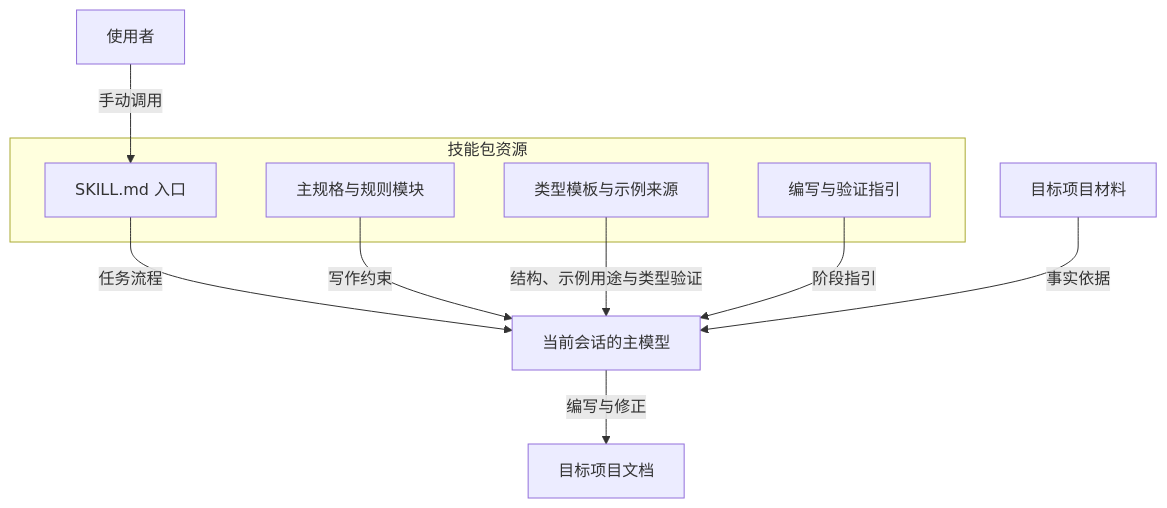
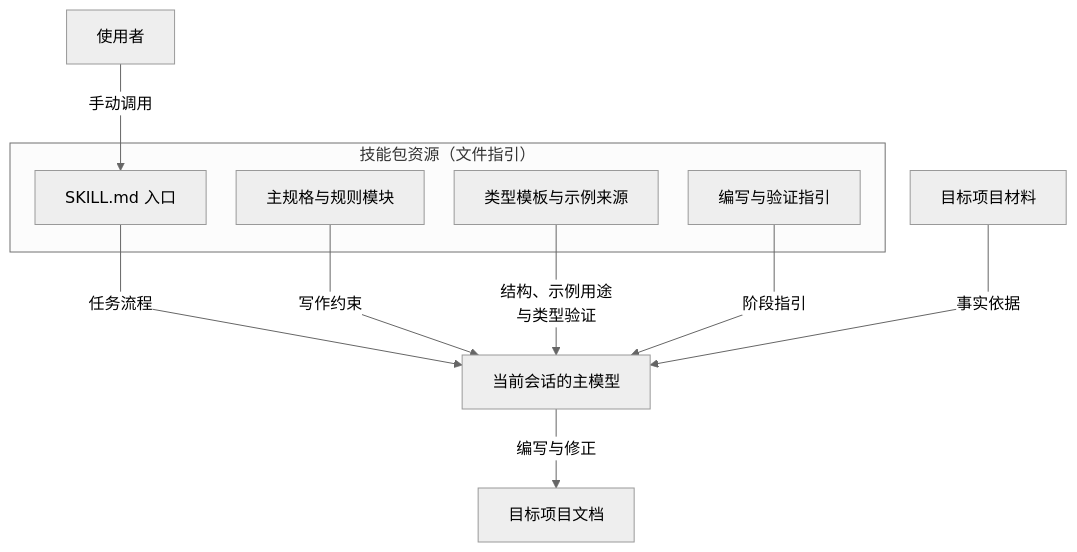
The first of 2 diagrams in docs/guide/architecture.md (blankhoney/doc-writing), drawn with Mermaid before and after one commit. The commit also changed other lines of this file and 6 other files, not shown here.

First line of the commit message:
feat(skill): 委托 Mermaid 画后优化并改进架构图

````diff
--- a/docs/guide/architecture.md
+++ b/docs/guide/architecture.md
@@ -42,16 +42,17 @@
 ```mermaid
+%%{init: {"theme": "neutral", "flowchart": {"curve": "linear", "nodeSpacing": 30, "rankSpacing": 55}}}%%
 flowchart TB
-    user[使用者] -->|手动调用| entry[SKILL.md 入口]
-    subgraph package[技能包资源]
-        entry
-        rules[主规格与规则模块]
-        templates[类型模板与示例来源]
-        assist[编写与验证指引]
+    user["使用者"] -->|手动调用| entry
+    subgraph package["技能包资源（文件指引）"]
+        entry["SKILL.md 入口"]
+        rules["主规格与规则模块"]
+        templates["类型模板与示例来源"]
+        assist["编写与验证指引"]
     end
-    entry -->|任务流程| model[当前会话的主模型]
+    entry -->|任务流程| model
     rules -->|写作约束| model
-    templates -->|结构、示例用途与类型验证| model
+    templates -->|结构、示例用途<br/>与类型验证| model
     assist -->|阶段指引| model
-    evidence[目标项目材料] -->|事实依据| model
-    model -->|编写与修正| document[目标项目文档]
+    evidence["目标项目材料"] -->|事实依据| model
+    model["当前会话的主模型"] -->|编写与修正| document["目标项目文档"]
 ```
````
